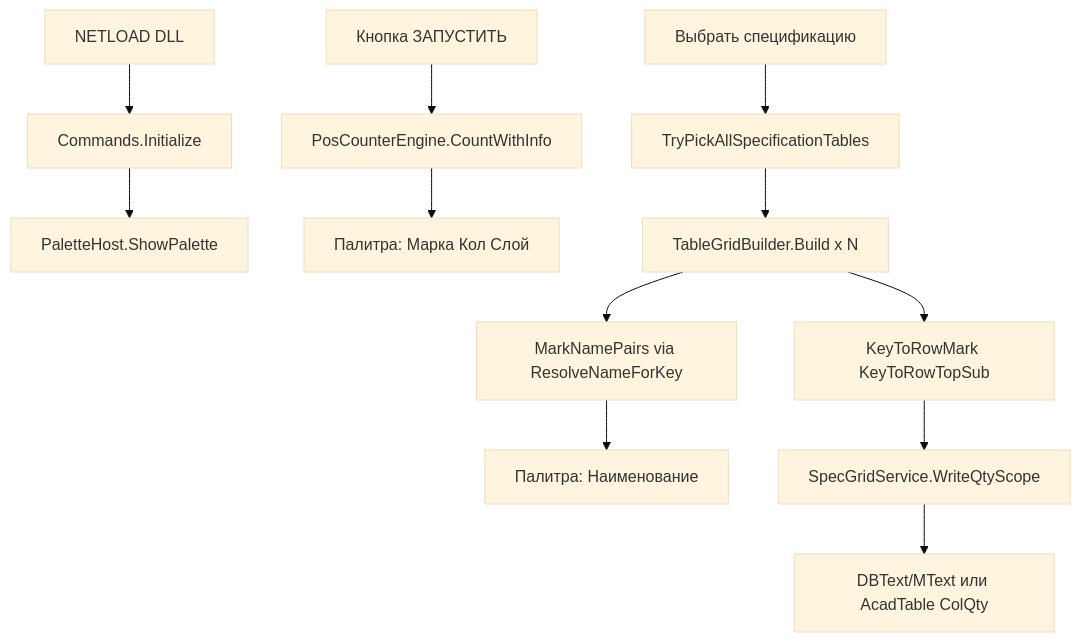
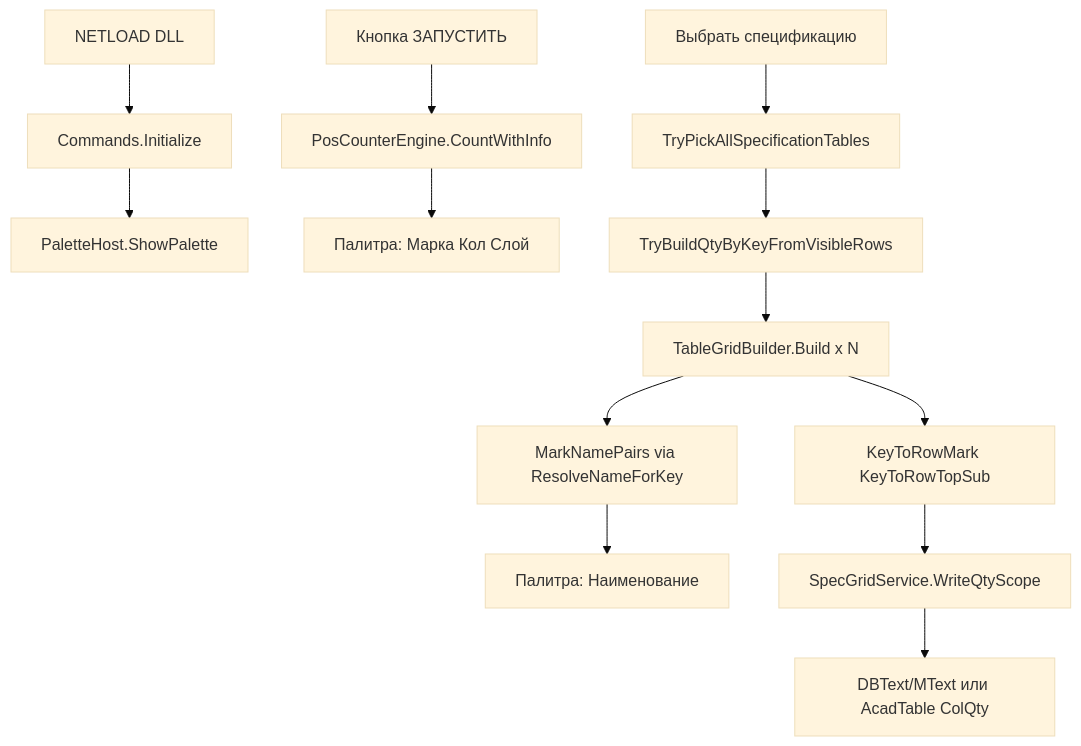
The diagram in .cursor/plans/factual_program_architecture.plan.md (irina-by/irina-by-pos-counter-specification-addition-2), drawn with Mermaid (base theme) before and after one commit. The commit also changed other lines of this file and 72 other files, not shown here.

````diff
--- a/.cursor/plans/factual_program_architecture.plan.md
+++ b/.cursor/plans/factual_program_architecture.plan.md
@@ -19,14 +20,15 @@
 ```mermaid
 flowchart TD
     NETLOAD[NETLOAD DLL] --> Init[Commands.Initialize]
     Init --> Palette[PaletteHost.ShowPalette]
     Run[Кнопка ЗАПУСТИТЬ] --> Engine[PosCounterEngine.CountWithInfo]
     Engine --> UI1[Палитра: Марка Кол Слой]
     Spec[Выбрать спецификацию] --> Pick[TryPickAllSpecificationTables]
-    Pick --> Build[TableGridBuilder.Build x N]
+    Pick --> QtyMap[TryBuildQtyByKeyFromVisibleRows]
+    QtyMap --> Build[TableGridBuilder.Build x N]
     Build --> Names[MarkNamePairs via ResolveNameForKey]
     Build --> Keys[KeyToRowMark KeyToRowTopSub]
     Names --> UI2[Палитра: Наименование]
     Keys --> Qty[SpecGridService.WriteQtyScope]
     Qty --> DWG[DBText/MText или AcadTable ColQty]
 ```
````
